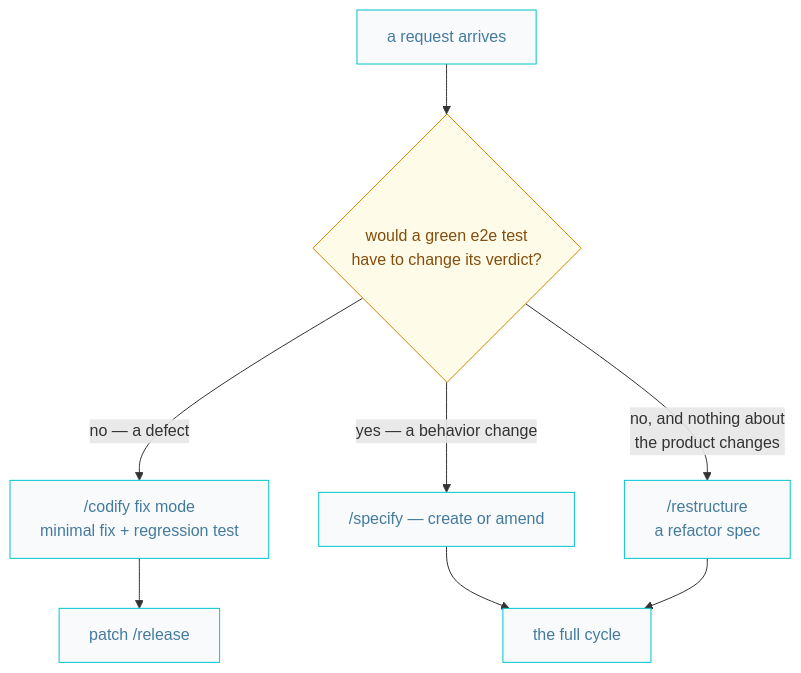
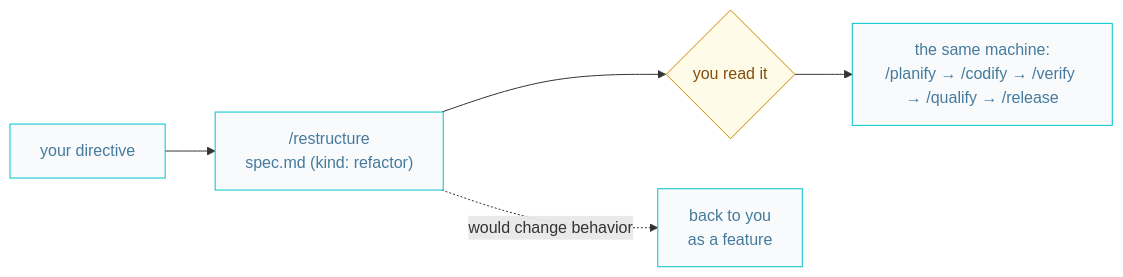
One commit to AIDDbot/AIDDbot changed the fourth of 4 diagrams in docs/AIDD.workflow.md. Above: the diagram before and after it, drawn with Mermaid. The commit also changed other lines of this file and 2 other files, not shown here.

````diff
--- a/docs/AIDD.workflow.md
+++ b/docs/AIDD.workflow.md
@@ -114,16 +103,10 @@
 ```mermaid
-flowchart TD
+flowchart LR
   classDef nd fill:#f8fafc,stroke:#00c4cc,color:#457b9d
   classDef q fill:#fefce8,stroke:#ca8a04,color:#854d0e
 
-  REQ["a request arrives"]:::nd --> Q{"would a green e2e test<br/>have to change its verdict?"}:::q
-
-  Q -->|"no — a defect"| FIX["/codify fix mode<br/>minimal fix + regression test"]:::nd
-  FIX --> PREL["patch /release"]:::nd
-
-  Q -->|"yes — a behavior change"| SPEC["/specify — create or amend"]:::nd
-  SPEC --> PIPE["the full cycle"]:::nd
-
-  Q -->|"no, and nothing about<br/>the product changes"| REF["/restructure<br/>a refactor spec"]:::nd
-  REF --> PIPE
+  DIR["your directive"]:::nd --> REF["/restructure<br/>spec.md (kind: refactor)"]:::nd
+  REF --> CHK{"you read it"}:::q
+  CHK --> SAME["the same machine:<br/>/planify → /codify → /verify → /qualify → /release"]:::nd
+  REF -.->|"would change behavior"| OUT["back to you<br/>as a feature"]:::nd
 ```
````
